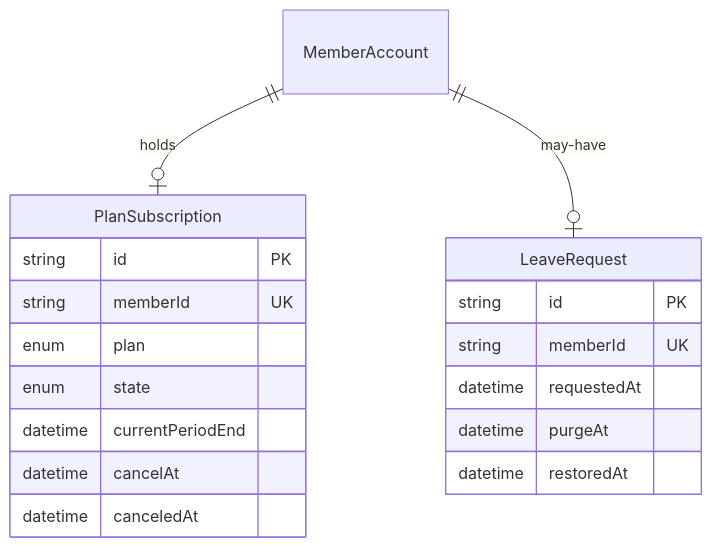
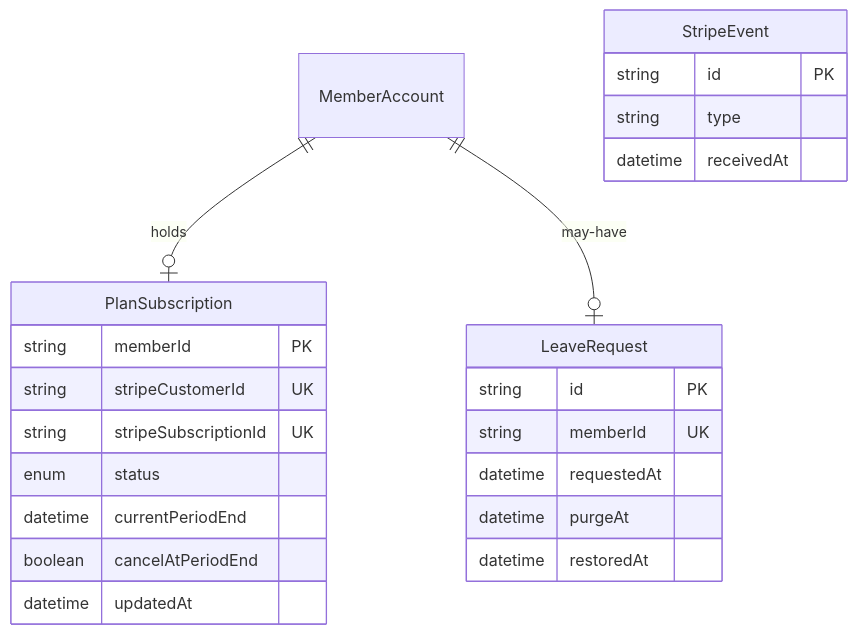
One commit to masseater/typescript-template changed the diagram in apps/internal-dashboard/content/docs/data-model/billing.md. Above: the diagram before and after it, drawn with Mermaid. The commit also changed other lines of this file and 2 other files, not shown here.

Commit message:
Fix the billing spec to one monthly Stripe plan managed through Checkout and the Billing Portal
The plan shape was left open. The implementation settles on a single monthly
Price whose ID is a deployment key, Stripe Checkout for starting a contract and
the Billing Portal for cancelling, so the entity, upgrade and settings specs
now describe those choices and the return paths back into the app.

````diff
--- a/apps/internal-dashboard/content/docs/data-model/billing.md
+++ b/apps/internal-dashboard/content/docs/data-model/billing.md
@@ -10,21 +12,26 @@
 ```mermaid
 erDiagram
   MemberAccount ||--o| PlanSubscription : holds
   MemberAccount ||--o| LeaveRequest : may-have
   PlanSubscription {
+    string memberId PK
+    string stripeCustomerId UK
+    string stripeSubscriptionId UK
+    enum status
+    datetime currentPeriodEnd
+    boolean cancelAtPeriodEnd
+    datetime updatedAt
+  }
+  StripeEvent {
     string id PK
-    string memberId UK
-    enum plan
-    enum state
-    datetime currentPeriodEnd
-    datetime cancelAt
-    datetime canceledAt
+    string type
+    datetime receivedAt
   }
   LeaveRequest {
     string id PK
     string memberId UK
     datetime requestedAt
     datetime purgeAt
     datetime restoredAt
   }
 ```
````
